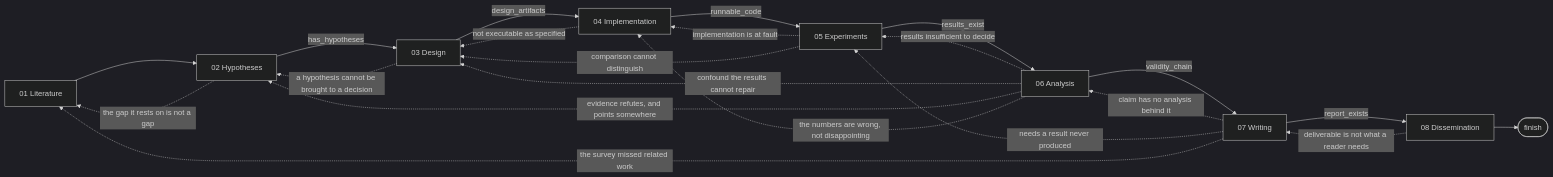
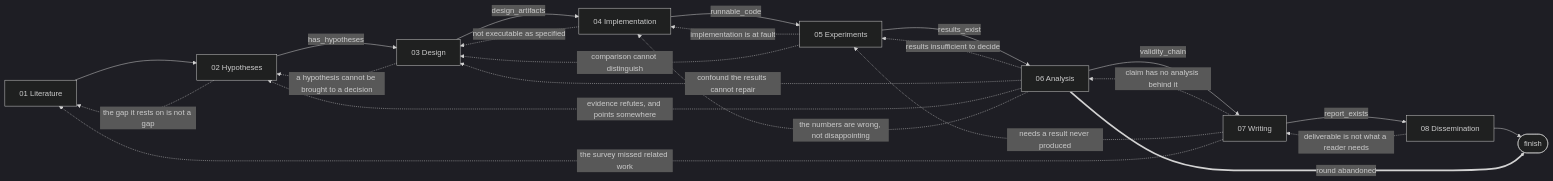
Before and after one commit to tangxiangru/AutoR: the first of 2 diagrams in README.md, drawn with Mermaid (dark theme). The commit also changed other lines of this file and 7 other files, not shown here.

````diff
--- a/README.md
+++ b/README.md
@@ -298,25 +255,26 @@
 ```mermaid
 flowchart LR
     S1[01 Literature] --> S2[02 Hypotheses]
     S2 -->|has_hypotheses| S3[03 Design]
     S3 -->|design_artifacts| S4[04 Implementation]
     S4 -->|runnable_code| S5[05 Experiments]
     S5 -->|results_exist| S6[06 Analysis]
     S6 -->|validity_chain| S7[07 Writing]
     S7 -->|report_exists| S8[08 Dissemination]
     S8 --> Z([finish])
+    S6 ==>|round abandoned| Z
 
     S2 -.->|the gap it rests on is not a gap| S1
     S3 -.->|a hypothesis cannot be brought to a decision| S2
     S4 -.->|not executable as specified| S3
     S5 -.->|implementation is at fault| S4
     S5 -.->|comparison cannot distinguish| S3
     S6 -.->|results insufficient to decide| S5
     S6 -.->|confound the results cannot repair| S3
     S6 -.->|evidence refutes, and points somewhere| S2
     S6 -.->|the numbers are wrong, not disappointing| S4
     S7 -.->|claim has no analysis behind it| S6
     S7 -.->|needs a result never produced| S5
     S7 -.->|the survey missed related work| S1
     S8 -.->|deliverable is not what a reader needs| S7
 ```
````
